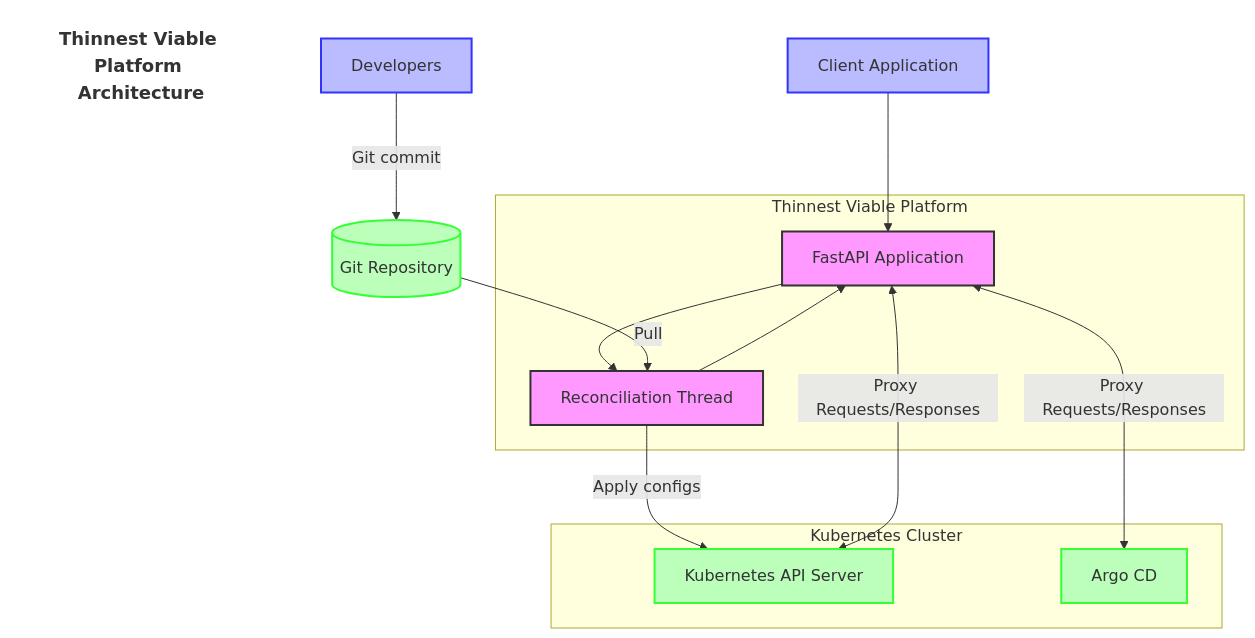
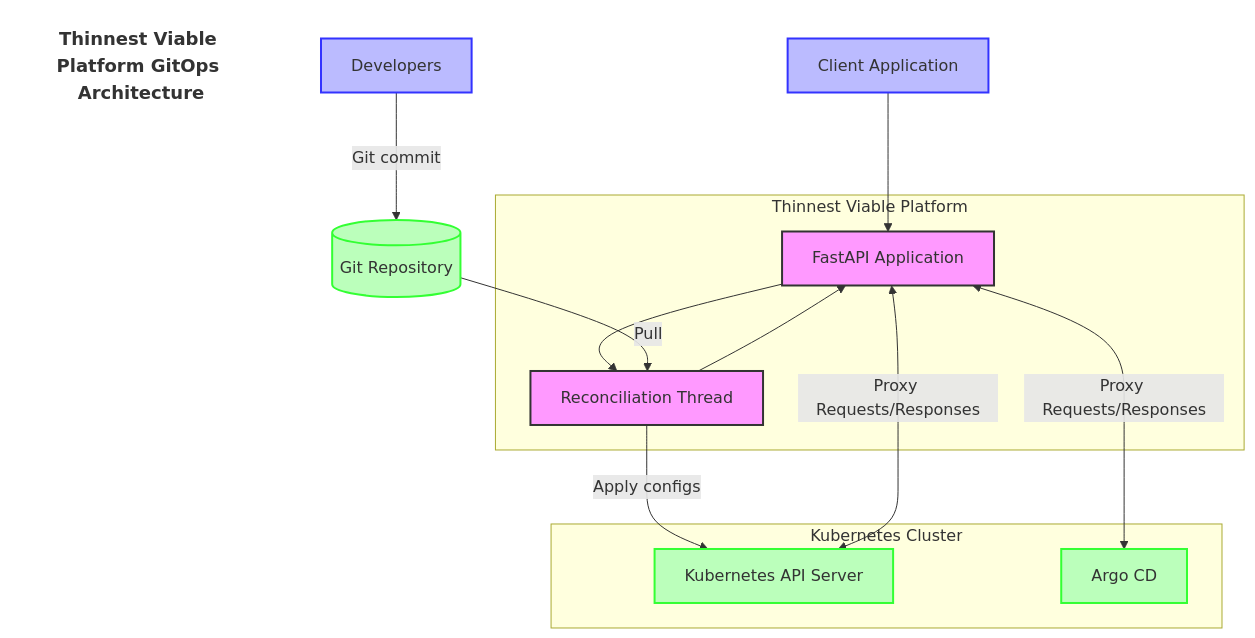
Before and after one commit to lloydchang/tvp-k8s: the diagram in fastapi/mermaid/tvp-architecture-diagram.mermaid, drawn with Mermaid. The commit also changed 1 other file, not shown here.

```diff
--- a/fastapi/mermaid/tvp-architecture-diagram.mermaid
+++ b/fastapi/mermaid/tvp-architecture-diagram.mermaid
@@ -1,31 +1,31 @@
 flowchart TB
-    title[Thinnest Viable Platform Architecture]
+    title[Thinnest Viable Platform GitOps Architecture]
     style title fill:none,stroke:none,font-size:18px,font-weight:bold
     subgraph "Thinnest Viable Platform"
         API[FastAPI Application]
         RT[Reconciliation Thread]
         
         API --> RT
         RT --> API
     end
     
     Dev[Developers] -->|Git commit| GitRepo[(Git Repository)]
     GitRepo -->|Pull| RT
     RT -->|Apply configs| KubernetesAPI
     
     subgraph "Kubernetes Cluster"
         KubernetesAPI[Kubernetes API Server]
         ArgoCD[Argo CD]
     end
     
     Client[Client Application] --> API
     API <-->|Proxy Requests/Responses| KubernetesAPI
     API <-->|Proxy Requests/Responses| ArgoCD
     
     classDef platform fill:#f9f,stroke:#333,stroke-width:2px
     classDef external fill:#bfb,stroke:#3f3,stroke-width:2px
     classDef user fill:#bbf,stroke:#33f,stroke-width:2px
     
     class API,RT platform
     class KubernetesAPI,ArgoCD,GitRepo external
     class Dev,Client user
```
